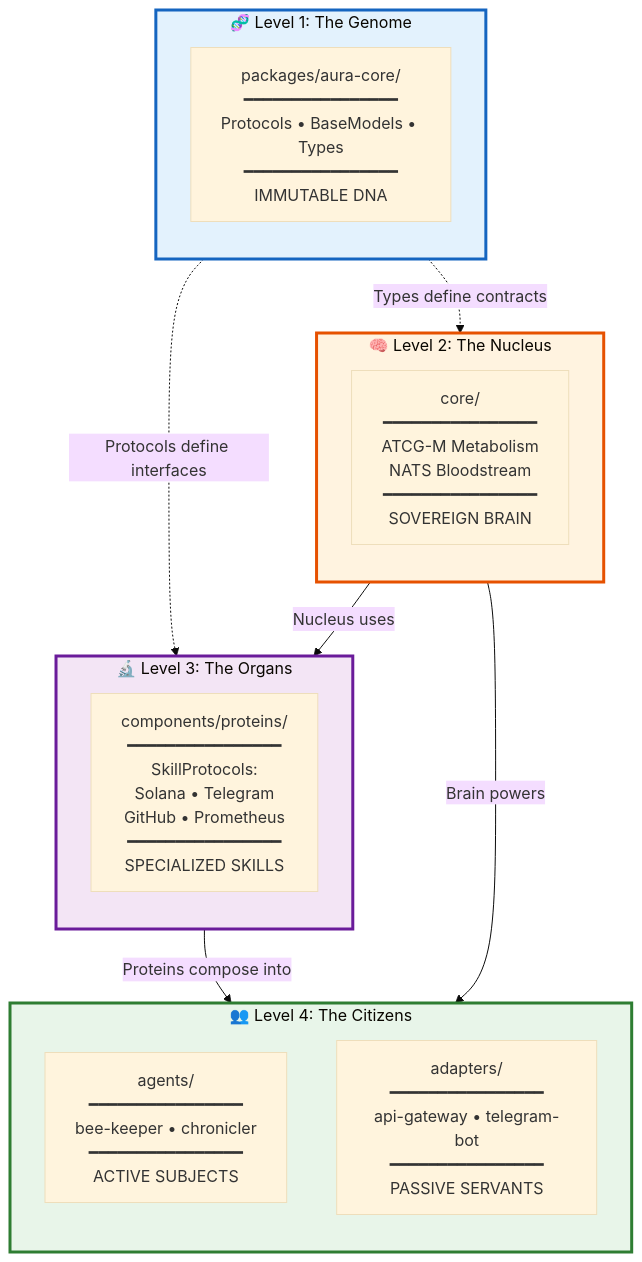
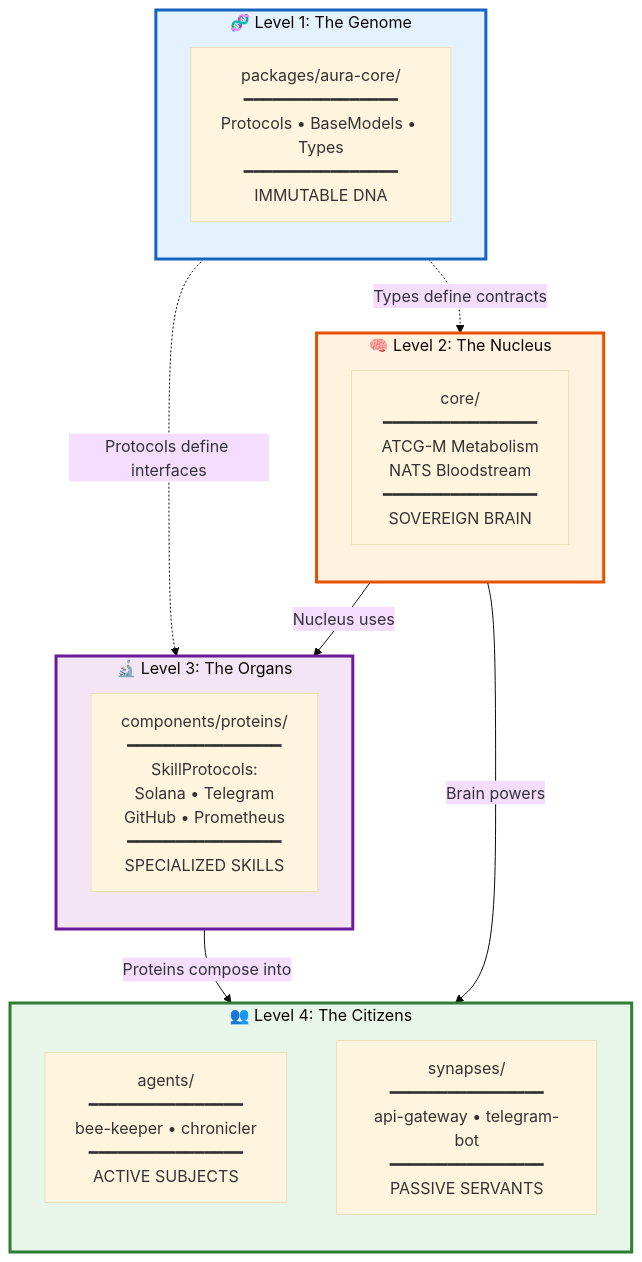
Before and after one commit to heldner/aura: the first of 3 diagrams in docs/visual/hive/four-levels.md, drawn with Mermaid (base theme). The commit also changed other lines of this file and 75 other files, not shown here.

````diff
--- a/docs/visual/hive/four-levels.md
+++ b/docs/visual/hive/four-levels.md
@@ -13,34 +13,34 @@
 ```mermaid
 flowchart TB
     subgraph Level1["🧬 Level 1: The Genome"]
         direction TB
         Genome["packages/aura-core/<br/>━━━━━━━━━━━━━━━━<br/>Protocols • BaseModels • Types<br/>━━━━━━━━━━━━━━━━<br/>IMMUTABLE DNA"]
     end
 
     subgraph Level2["🧠 Level 2: The Nucleus"]
         direction TB
         Nucleus["core/<br/>━━━━━━━━━━━━━━━━<br/>ATCG-M Metabolism<br/>NATS Bloodstream<br/>━━━━━━━━━━━━━━━━<br/>SOVEREIGN BRAIN"]
     end
 
     subgraph Level3["🔬 Level 3: The Organs"]
         direction TB
         Organs["components/proteins/<br/>━━━━━━━━━━━━━━━━<br/>SkillProtocols:<br/>Solana • Telegram<br/>GitHub • Prometheus<br/>━━━━━━━━━━━━━━━━<br/>SPECIALIZED SKILLS"]
     end
 
     subgraph Level4["👥 Level 4: The Citizens"]
         direction TB
         Agents["agents/<br/>━━━━━━━━━━━━━━━━<br/>bee-keeper • chronicler<br/>━━━━━━━━━━━━━━━━<br/>ACTIVE SUBJECTS"]
-        Adapters["adapters/<br/>━━━━━━━━━━━━━━━━<br/>api-gateway • telegram-bot<br/>━━━━━━━━━━━━━━━━<br/>PASSIVE SERVANTS"]
+        Adapters["synapses/<br/>━━━━━━━━━━━━━━━━<br/>api-gateway • telegram-bot<br/>━━━━━━━━━━━━━━━━<br/>PASSIVE SERVANTS"]
     end
 
     Level1 -.->|"Types define contracts"| Level2
     Level1 -.->|"Protocols define interfaces"| Level3
     Level2 -->|"Nucleus uses"| Level3
     Level3 -->|"Proteins compose into"| Level4
     Level2 -->|"Brain powers"| Agents
 
     style Level1 fill:#e3f2fd,stroke:#1565c0,stroke-width:3px
     style Level2 fill:#fff3e0,stroke:#e65100,stroke-width:3px
     style Level3 fill:#f3e5f5,stroke:#6a1b9a,stroke-width:3px
     style Level4 fill:#e8f5e9,stroke:#2e7d32,stroke-width:3px
 ```
````
